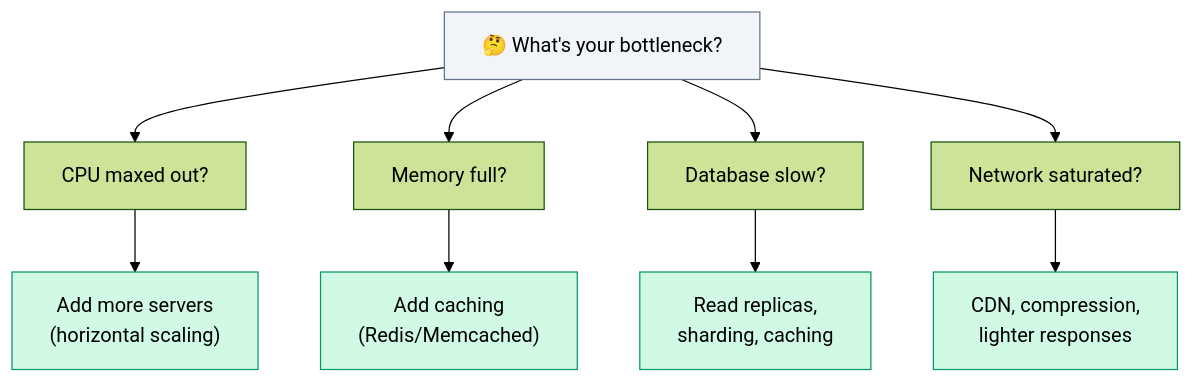
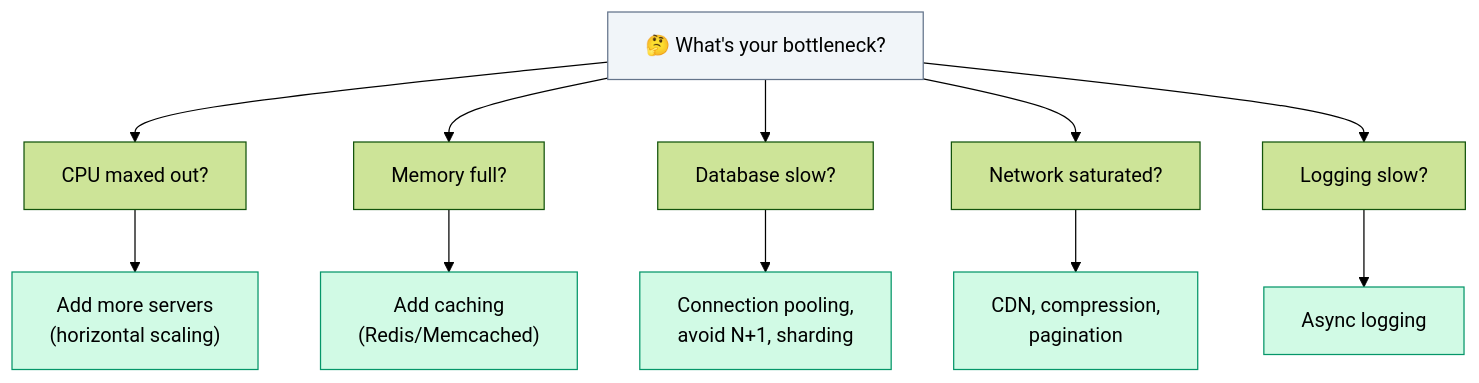
One commit to rilov/handbook changed diagram 25 of 25 in _topics/scaling-api-1-to-1-million-rps.md. Above: the diagram before and after it, drawn with Mermaid (forest theme). The commit also changed other lines of this file and 1 other file, not shown here.

```diff
--- a/_topics/scaling-api-1-to-1-million-rps.md
+++ b/_topics/scaling-api-1-to-1-million-rps.md
@@ -598,20 +1105,23 @@
 <div class="mermaid">
 flowchart TD
     Q["🤔 What's your bottleneck?"]
     
     Q --> CPU["CPU maxed out?"]
     Q --> MEM["Memory full?"]
     Q --> DB["Database slow?"]
     Q --> NET["Network saturated?"]
+    Q --> LOG["Logging slow?"]
     
     CPU --> CPU_S["Add more servers<br/>(horizontal scaling)"]
     MEM --> MEM_S["Add caching<br/>(Redis/Memcached)"]
-    DB --> DB_S["Read replicas,<br/>sharding, caching"]
-    NET --> NET_S["CDN, compression,<br/>lighter responses"]
+    DB --> DB_S["Connection pooling,<br/>avoid N+1, sharding"]
+    NET --> NET_S["CDN, compression,<br/>pagination"]
+    LOG --> LOG_S["Async logging"]
     
     style Q fill:#f1f5f9,stroke:#64748b
     style CPU_S fill:#d1fae5,stroke:#059669
     style MEM_S fill:#d1fae5,stroke:#059669
     style DB_S fill:#d1fae5,stroke:#059669
     style NET_S fill:#d1fae5,stroke:#059669
+    style LOG_S fill:#d1fae5,stroke:#059669
 </div>
```
